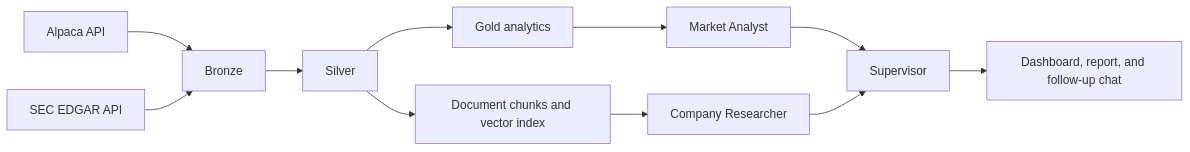
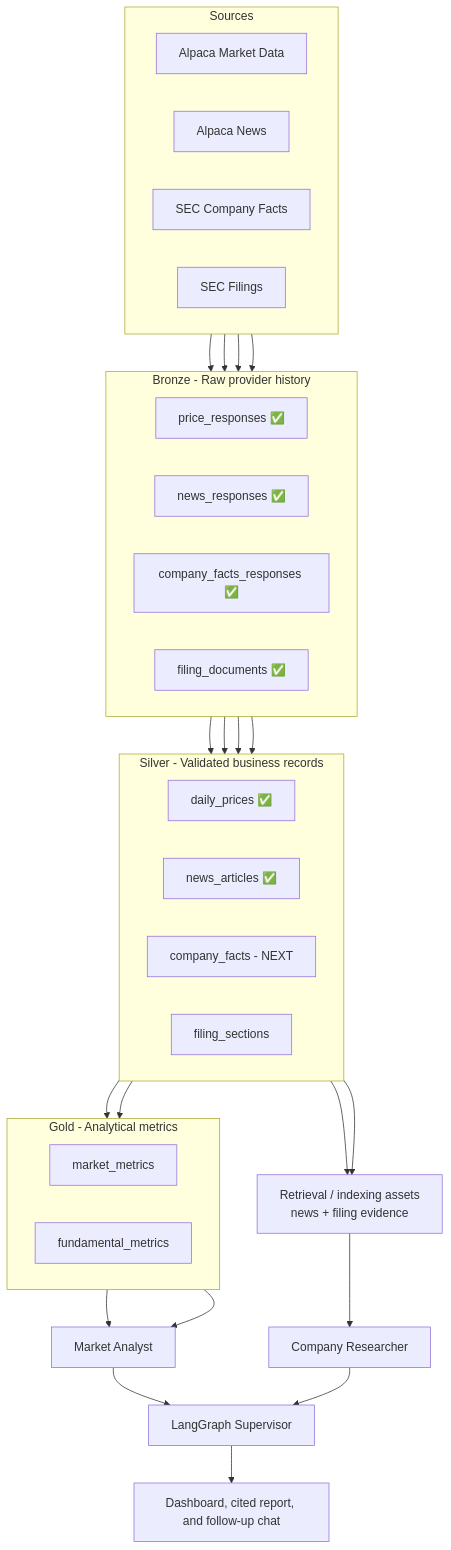
The diagram in README.md (maghdam/multi-agent-equity-research-system-on-databricks), drawn with Mermaid before and after one commit. The commit also changed other lines of this file and 1 other file, not shown here.

Commit message:
docs: add architecture and implementation roadmaps

````diff
--- a/README.md
+++ b/README.md
@@ -33,13 +41,46 @@
 ```mermaid
-flowchart LR
-    A[Alpaca API] --> B[Bronze]
-    S[SEC EDGAR API] --> B
-    B --> C[Silver]
-    C --> G[Gold analytics]
-    C --> V[Document chunks and vector index]
-    G --> M[Market Analyst]
-    V --> R[Company Researcher]
-    M --> P[Supervisor]
-    R --> P
-    P --> U[Dashboard, report, and follow-up chat]
+flowchart TB
+    subgraph SRC["Sources"]
+        direction LR
+        A1["Alpaca Market Data"]
+        A2["Alpaca News"]
+        E1["SEC Company Facts"]
+        E2["SEC Filings"]
+    end
+
+    subgraph B["Bronze - Raw provider history"]
+        direction LR
+        B1["price_responses ✅"]
+        B2["news_responses ✅"]
+        B3["company_facts_responses ✅"]
+        B4["filing_documents ✅"]
+    end
+
+    subgraph S["Silver - Validated business records"]
+        direction LR
+        S1["daily_prices ✅"]
+        S2["news_articles ✅"]
+        S3["company_facts - NEXT"]
+        S4["filing_sections"]
+    end
+
+    subgraph G["Gold - Analytical metrics"]
+        direction LR
+        G1["market_metrics"]
+        G2["fundamental_metrics"]
+    end
+
+    R["Retrieval / indexing assets<br/>news + filing evidence"]
+
+    A1 --> B1 --> S1 --> G1
+    A2 --> B2 --> S2 --> R
+    E1 --> B3 --> S3 --> G2
+    E2 --> B4 --> S4 --> R
+
+    G1 --> M["Market Analyst"]
+    G2 --> M
+    R --> C["Company Researcher"]
+    M --> P["LangGraph Supervisor"]
+    C --> P
+    P --> U["Dashboard, cited report, and follow-up chat"]
 ```
````
